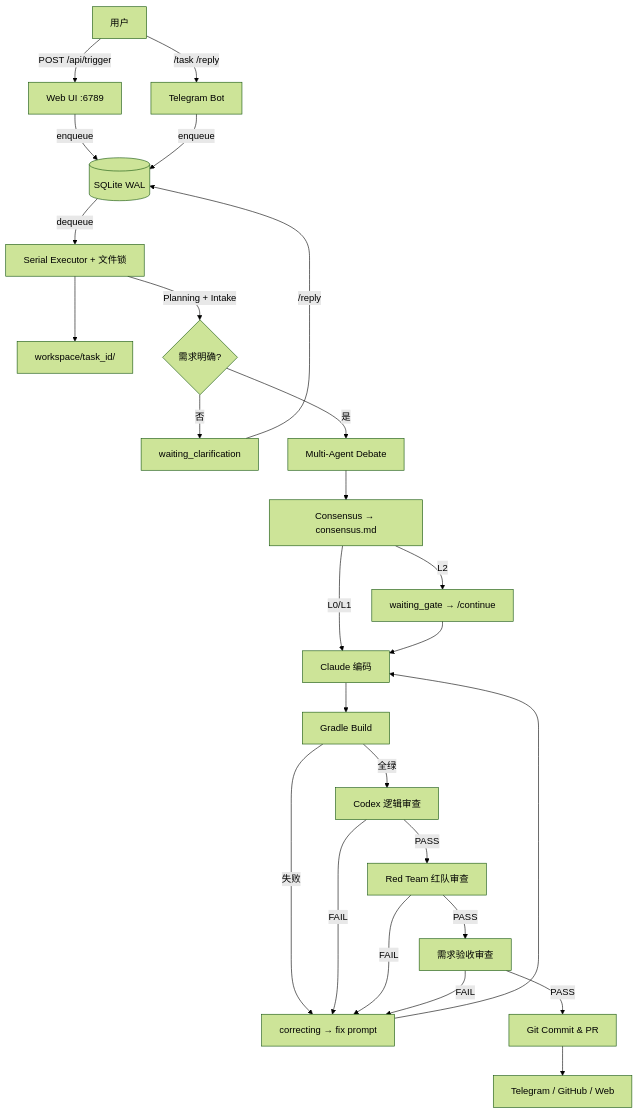
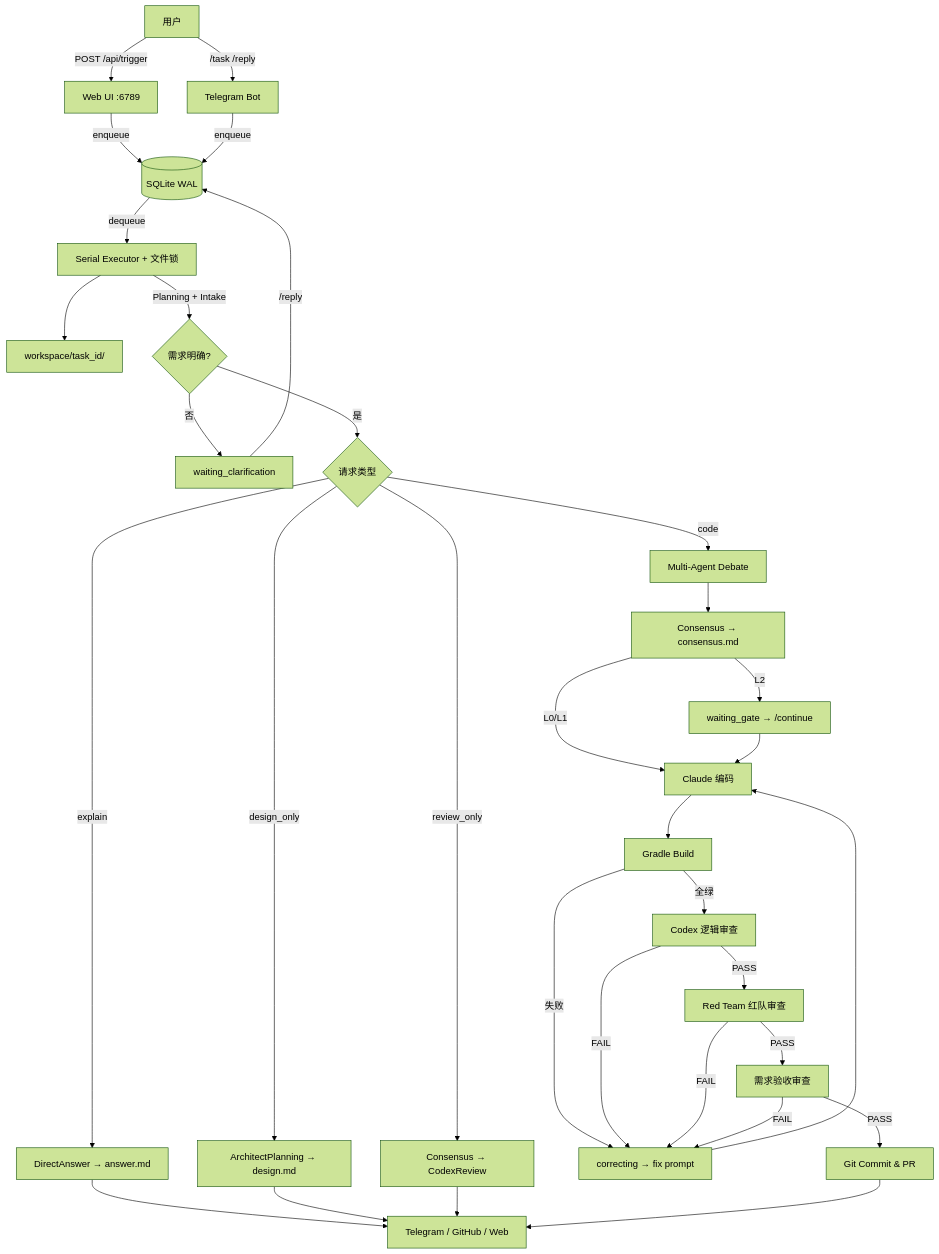
The first of 2 diagrams in README.md (TurboSnails/AICodeAgent), drawn with Mermaid (forest theme) before and after one commit. The commit also changed other lines of this file and 14 other files, not shown here.

````diff
--- a/README.md
+++ b/README.md
@@ -35,31 +36,38 @@
 ```mermaid
 graph TD
     A[用户] -->|POST /api/trigger| B[Web UI :6789]
     A -->|/task /reply| C[Telegram Bot]
     B -->|enqueue| D[(SQLite WAL)]
     C -->|enqueue| D
     D -->|dequeue| E[Serial Executor + 文件锁]
     E --> F[workspace/task_id/]
 
     E -->|Planning + Intake| G{需求明确?}
     G -->|否| H[waiting_clarification]
     H -->|/reply| D
-    G -->|是| I[Multi-Agent Debate]
-    I --> J[Consensus → consensus.md]
+    G -->|是| I{请求类型}
+    I -->|explain| Z[DirectAnswer → answer.md]
+    I -->|design_only| Y[ArchitectPlanning → design.md]
+    I -->|review_only| X[Consensus → CodexReview]
+    I -->|code| I2[Multi-Agent Debate]
+    Z --> Q
+    Y --> Q
+    X --> Q
+    I2 --> J[Consensus → consensus.md]
     J -->|L2| K[waiting_gate → /continue]
     J -->|L0/L1| L[Claude 编码]
     K --> L
 
     L --> M[Gradle Build]
     M -->|失败| N[correcting → fix prompt]
     N --> L
     M -->|全绿| O[Codex 逻辑审查]
     O -->|FAIL| N
     O -->|PASS| O1[Red Team 红队审查]
     O1 -->|FAIL| N
     O1 -->|PASS| O2[需求验收审查]
     O2 -->|FAIL| N
     O2 -->|PASS| P[Git Commit & PR]
 
     P --> Q[Telegram / GitHub / Web]
 ```
````
